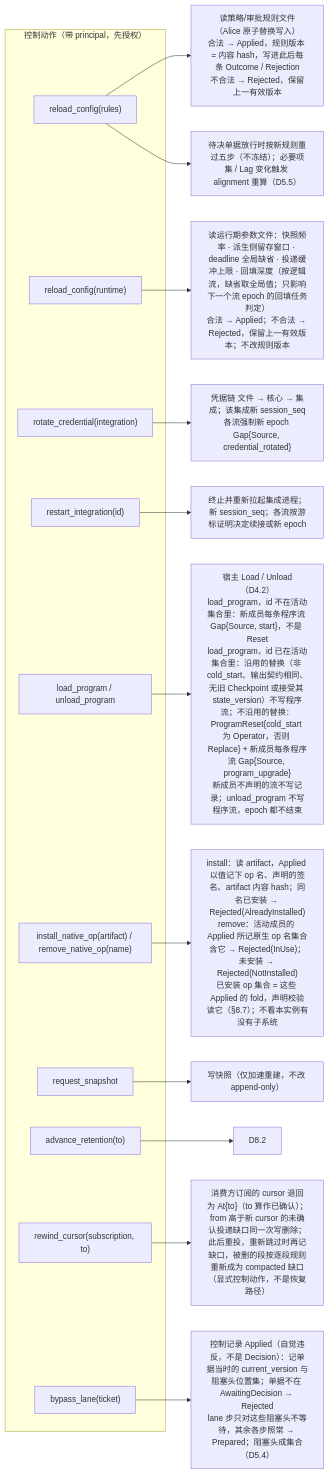
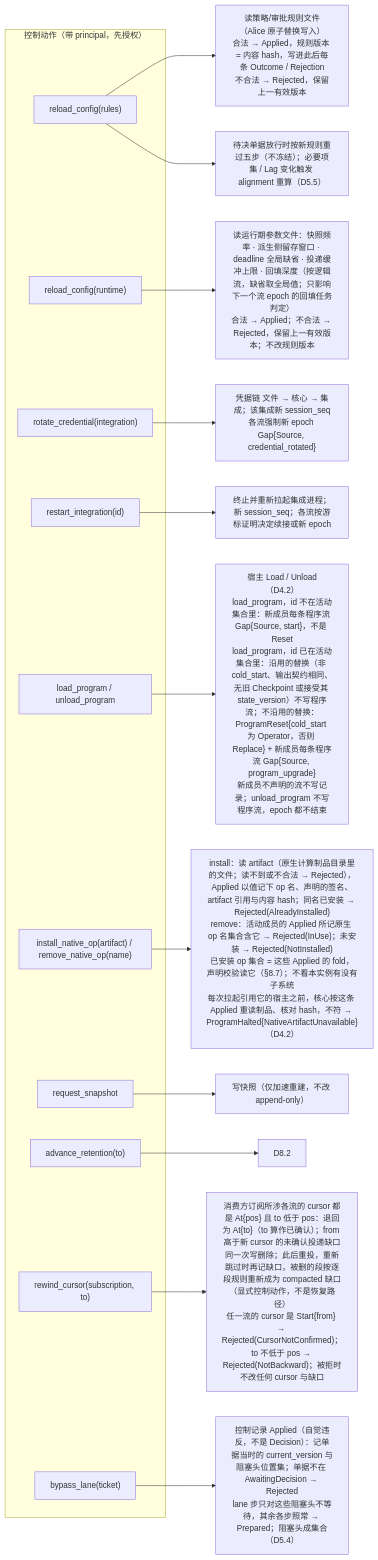
One commit to mouriya-s-lab/uta changed the fourth of 5 diagrams in design/diagrams/09-alice-session.md. Above: the diagram before and after it, drawn with Mermaid. The commit also changed other lines of this file and 11 other files, not shown here.

````diff
--- a/design/diagrams/09-alice-session.md
+++ b/design/diagrams/09-alice-session.md
@@ -127,26 +127,26 @@
 ```mermaid
 flowchart LR
   subgraph ACT["控制动作（带 principal，先授权）"]
     A1["reload_config(rules)"]
     A1r["reload_config(runtime)"]
     A2["rotate_credential(integration)"]
     A3["restart_integration(id)"]
     A4["load_program / unload_program"]
     A4n["install_native_op(artifact) / remove_native_op(name)"]
     A5["request_snapshot"]
     A6["advance_retention(to)"]
     A7["rewind_cursor(subscription, to)"]
     A8["bypass_lane(ticket)"]
   end
   A1 --> F1["读策略/审批规则文件（Alice 原子替换写入）<br/>合法 → Applied，规则版本 = 内容 hash，写进此后每条 Outcome / Rejection<br/>不合法 → Rejected，保留上一有效版本"]
   A1 --> F1b["待决单据放行时按新规则重过五步（不冻结）；必要项集 / Lag 变化触发 alignment 重算（D5.5）"]
   A1r --> F1c["读运行期参数文件：快照频率 · 派生侧留存窗口 · deadline 全局缺省 · 投递缓冲上限 · 回填深度（按逻辑流，缺省取全局值；只影响下一个流 epoch 的回填任务判定）<br/>合法 → Applied；不合法 → Rejected，保留上一有效版本；不改规则版本"]
   A2 --> F2["凭据链 文件 → 核心 → 集成；该集成新 session_seq<br/>各流强制新 epoch Gap{Source, credential_rotated}"]
   A3 --> F3["终止并重新拉起集成进程；新 session_seq；各流按游标证明决定续接或新 epoch"]
   A4 --> F4["宿主 Load / Unload（D4.2）<br/>load_program，id 不在活动集合里：新成员每条程序流 Gap{Source, start}，不是 Reset<br/>load_program，id 已在活动集合里：沿用的替换（非 cold_start、输出契约相同、无旧 Checkpoint 或接受其 state_version）不写程序流；不沿用的替换：ProgramReset{cold_start 为 Operator，否则 Replace} + 新成员每条程序流 Gap{Source, program_upgrade}<br/>新成员不声明的流不写记录；unload_program 不写程序流，epoch 都不结束"]
-  A4n --> F4n["install：读 artifact，Applied 以值记下 op 名、声明的签名、artifact 内容 hash；同名已安装 → Rejected(AlreadyInstalled)<br/>remove：活动成员的 Applied 所记原生 op 名集合含它 → Rejected(InUse)；未安装 → Rejected(NotInstalled)<br/>已安装 op 集合 = 这些 Applied 的 fold，声明校验读它（§8.7）；不看本实例有没有子系统"]
+  A4n --> F4n["install：读 artifact（原生计算制品目录里的文件；读不到或不合法 → Rejected），Applied 以值记下 op 名、声明的签名、artifact 引用与内容 hash；同名已安装 → Rejected(AlreadyInstalled)<br/>remove：活动成员的 Applied 所记原生 op 名集合含它 → Rejected(InUse)；未安装 → Rejected(NotInstalled)<br/>已安装 op 集合 = 这些 Applied 的 fold，声明校验读它（§8.7）；不看本实例有没有子系统<br/>每次拉起引用它的宿主之前，核心按这条 Applied 重读制品、核对 hash，不符 → ProgramHalted{NativeArtifactUnavailable}（D4.2）"]
   A5 --> F5["写快照（仅加速重建，不改 append-only）"]
   A6 --> F6["D8.2"]
-  A7 --> F7["消费方订阅的 cursor 退回为 At{to}（to 算作已确认）；from 高于新 cursor 的未确认投递缺口同一次写删除；此后重投，重新跳过时再记缺口，被删的段按逐段规则重新成为 compacted 缺口（显式控制动作，不是恢复路径）"]
+  A7 --> F7["消费方订阅所涉各流的 cursor 都是 At{pos} 且 to 低于 pos：退回为 At{to}（to 算作已确认）；from 高于新 cursor 的未确认投递缺口同一次写删除；此后重投，重新跳过时再记缺口，被删的段按逐段规则重新成为 compacted 缺口（显式控制动作，不是恢复路径）<br/>任一流的 cursor 是 Start{from} → Rejected(CursorNotConfirmed)；to 不低于 pos → Rejected(NotBackward)；被拒时不改任何 cursor 与缺口"]
   A8 --> F8["控制记录 Applied（自觉违反，不是 Decision）：记单据当时的 current_version 与阻塞头位置集；单据不在 AwaitingDecision → Rejected<br/>lane 步只对这些阻塞头不等待，其余各步照常 → Prepared；阻塞头成集合（D5.4）"]
 ```
````
